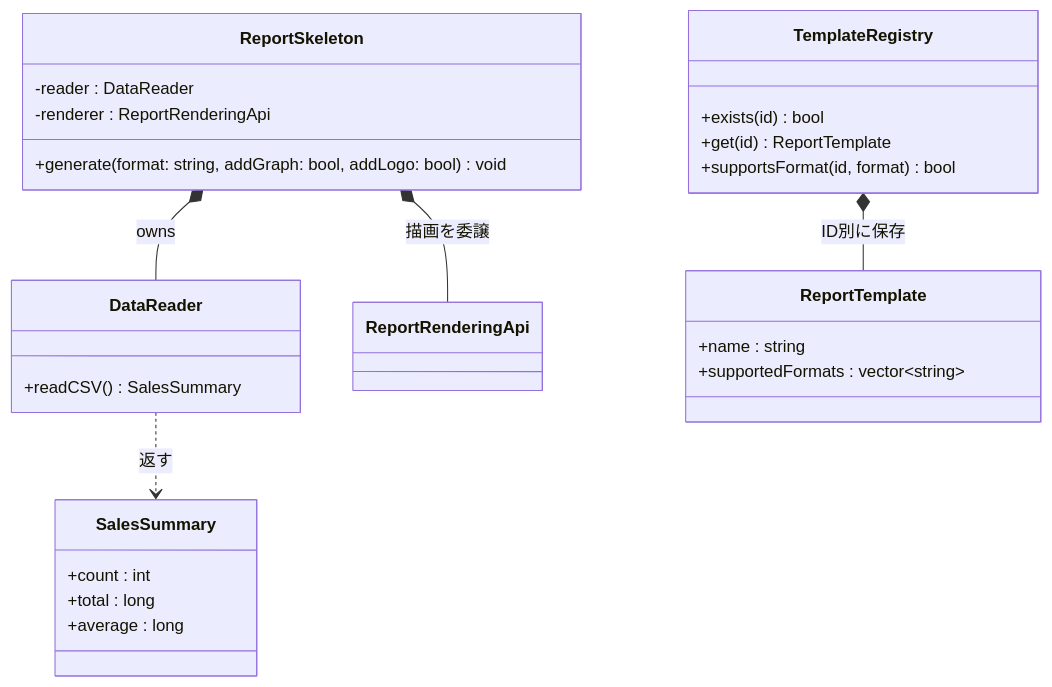
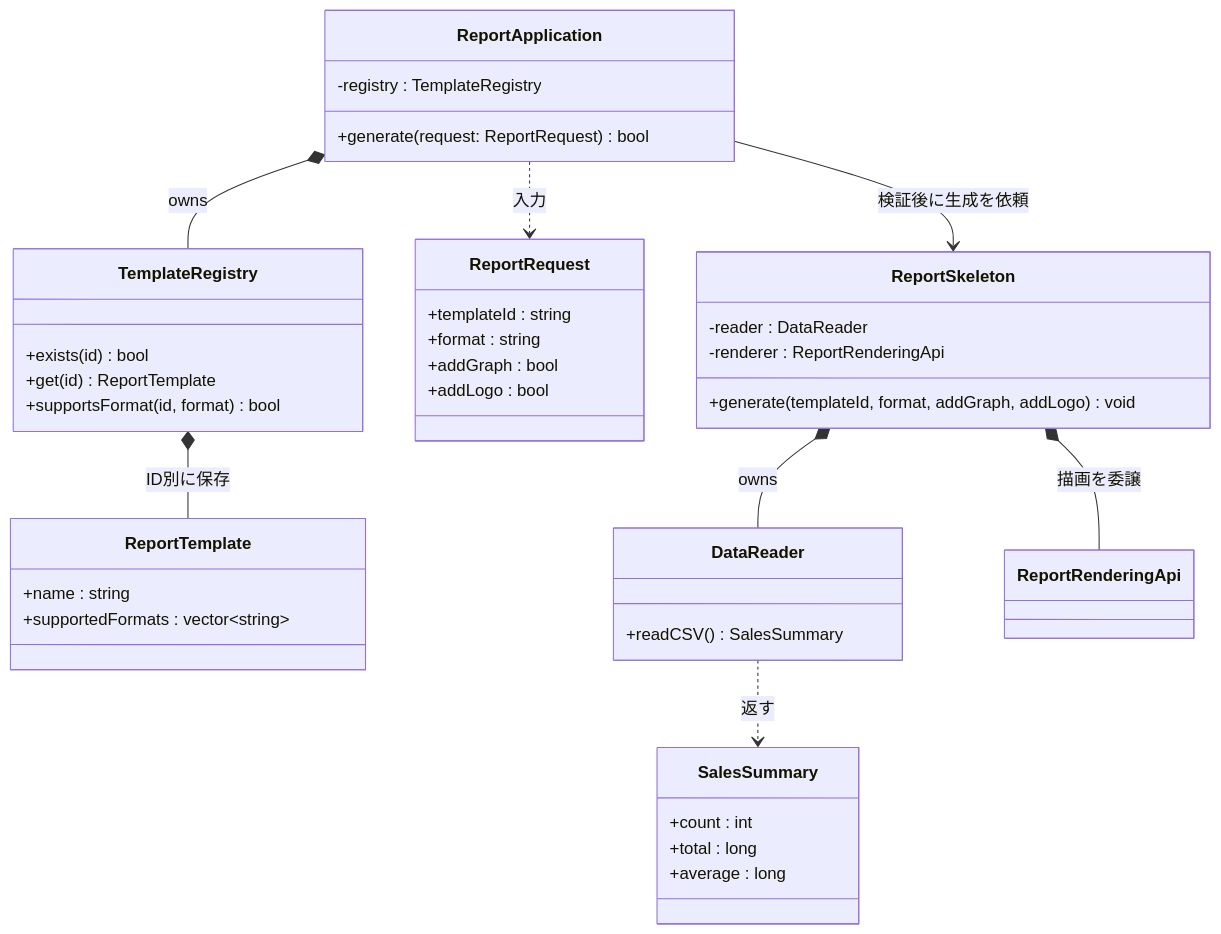
One commit to kumachan1101-pixel/DesignPattern changed the third of 12 diagrams in kindle/design-patterns/output/chapter11.md. Above: the diagram before and after it, drawn with Mermaid. The commit also changed other lines of this file and 3 other files, not shown here.

Commit message:
docs: revise chapters 11 and 12 review flow

````diff
--- a/kindle/design-patterns/output/chapter11.md
+++ b/kindle/design-patterns/output/chapter11.md
@@ -195,30 +216,43 @@
 ```mermaid
 classDiagram
     class ReportRenderingApi
     class SalesSummary {
         +count : int
         +total : long
         +average : long
     }
     class ReportTemplate {
         +name : string
         +supportedFormats : vector~string~
     }
     class ReportSkeleton {
         -reader : DataReader
         -renderer : ReportRenderingApi
-        +generate(format: string, addGraph: bool, addLogo: bool) void
+        +generate(templateId, format, addGraph, addLogo) void
+    }
+    class ReportRequest {
+        +templateId : string
+        +format : string
+        +addGraph : bool
+        +addLogo : bool
+    }
+    class ReportApplication {
+        -registry : TemplateRegistry
+        +generate(request: ReportRequest) bool
     }
     class DataReader {
         +readCSV() SalesSummary
     }
     class TemplateRegistry {
         +exists(id) bool
         +get(id) ReportTemplate
         +supportsFormat(id, format) bool
     }
+    ReportApplication *-- TemplateRegistry : owns
+    ReportApplication ..> ReportRequest : 入力
+    ReportApplication --> ReportSkeleton : 検証後に生成を依頼
     ReportSkeleton *-- DataReader : owns
     ReportSkeleton *-- ReportRenderingApi : 描画を委譲
     DataReader ..> SalesSummary : 返す
     TemplateRegistry *-- ReportTemplate : ID別に保存
 ```
````
